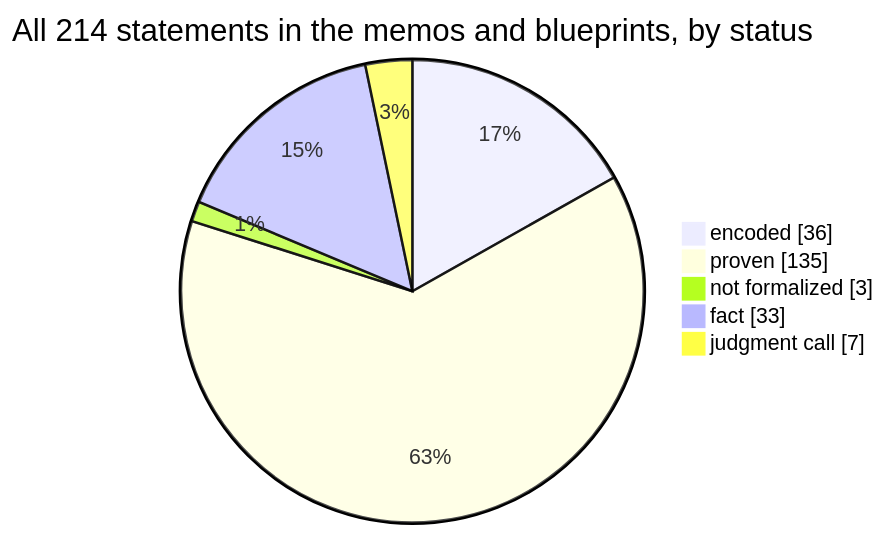
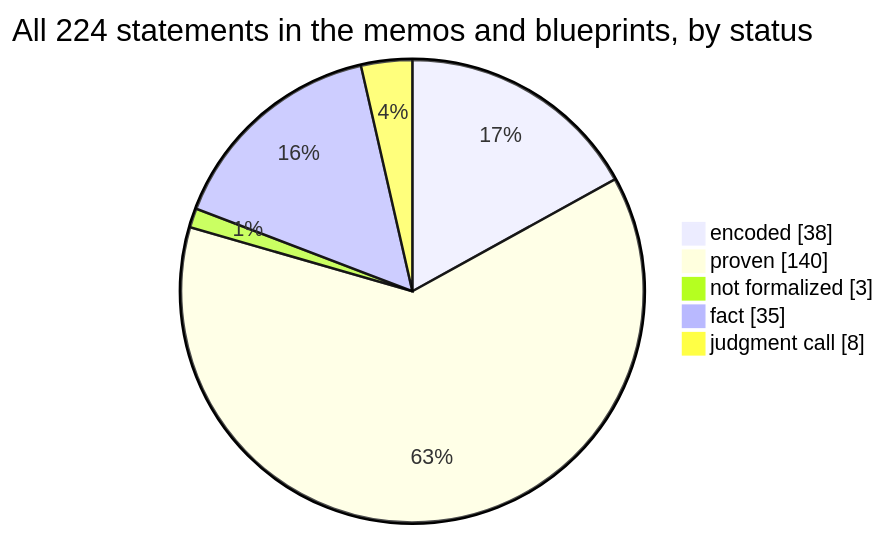
One commit to SeanWMurray/Canteen changed the first of 4 diagrams in docs/graphs/dashboard.md. Above: the diagram before and after it, drawn with Mermaid. The commit also changed other lines of this file and 10 other files, not shown here.

````diff
--- a/docs/graphs/dashboard.md
+++ b/docs/graphs/dashboard.md
@@ -11,8 +11,8 @@
 ```mermaid
-pie showData title All 214 statements in the memos and blueprints, by status
-    "encoded" : 36
-    "proven" : 135
+pie showData title All 224 statements in the memos and blueprints, by status
+    "encoded" : 38
+    "proven" : 140
     "not formalized" : 3
-    "fact" : 33
-    "judgment call" : 7
+    "fact" : 35
+    "judgment call" : 8
 ```
````
